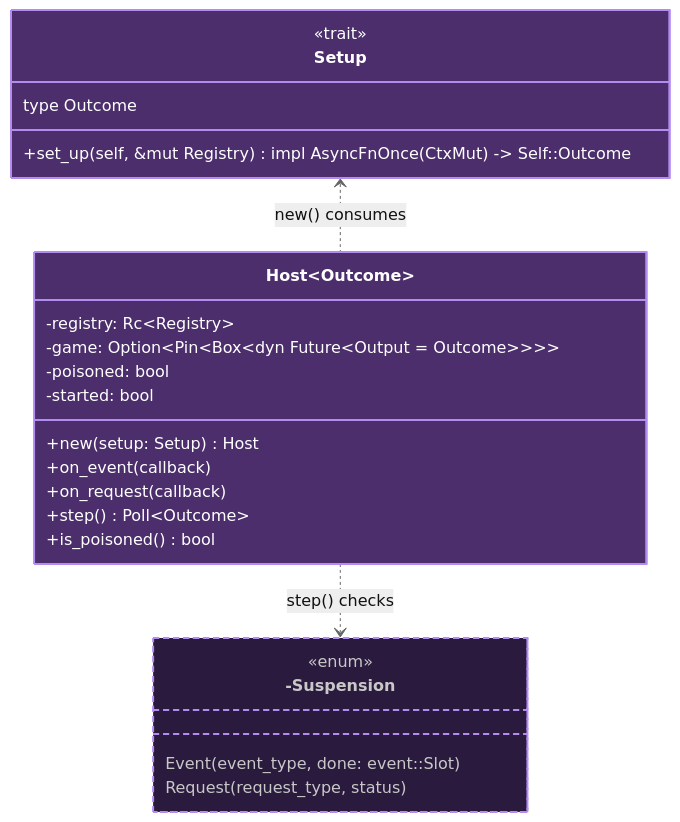
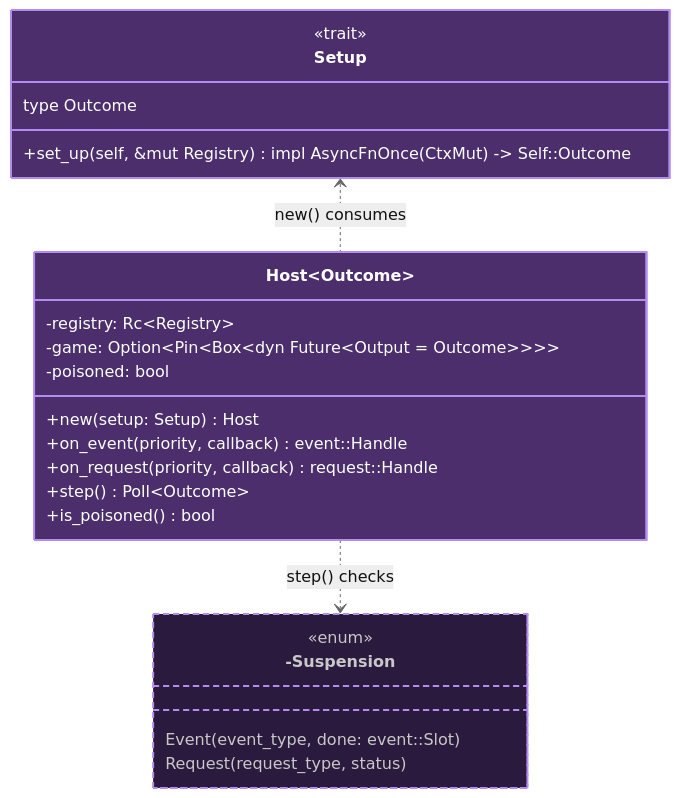
The second of 5 diagrams in book/src/next_turn/plan/types.md (andrewtc/posturn), drawn with Mermaid (neutral theme) before and after one commit. The commit also changed other lines of this file and 10 other files, not shown here.

````diff
--- a/book/src/next_turn/plan/types.md
+++ b/book/src/next_turn/plan/types.md
@@ -82,41 +93,40 @@
 ```mermaid
 %%{init: {"class": {"nodeSpacing": 25, "rankSpacing": 20}}}%%
 classDiagram
     direction TB
 
     %% Generics that nest, or contain `()`, are written with HTML entities (`#lt;`, `#gt;`, `#40;`, `#41;`): Mermaid
     %% misreads nested `~T~` generics as Markdown strikethrough, and treats any member containing `()` as a method.
     %% Layout: the order of declarations and the direction of each arrow were tuned by measuring rendered variants for
     %% size and edge crossings. Reordering lines or flipping arrows here can change the layout noticeably.
 
     class Suspension["-Suspension"] {
         <<enum>>
         Event(event_type, done: event::Slot)
         Request(request_type, status)
     }
 
     class Host~Outcome~ {
         -registry: Rc~Registry~
         -game: Option#lt;Pin#lt;Box#lt;dyn Future#lt;Output = Outcome#gt;#gt;#gt;#gt;
         -poisoned: bool
-        -started: bool
         +new(setup: Setup) Host
-        +on_event(callback)
-        +on_request(callback)
+        +on_event(priority, callback) event::Handle
+        +on_request(priority, callback) request::Handle
         +step() Poll~Outcome~
         +is_poisoned() bool
     }
 
     class Setup {
         <<trait>>
         type Outcome
         +set_up(self, &mut Registry) impl AsyncFnOnce#40;CtxMut#41; -#gt; Self::Outcome
     }
 
     Setup <.. Host : new() consumes
     Host ..> Suspension : step() checks
 
     style Host fill:#4b2e6b,stroke:#b48cf0,stroke-width:2px,color:#ffffff
     style Setup fill:#4b2e6b,stroke:#b48cf0,stroke-width:2px,color:#ffffff
     style Suspension fill:#2a1a3d,stroke:#b48cf0,stroke-width:2px,stroke-dasharray:6 4,color:#c8c8c8
 ```
````
